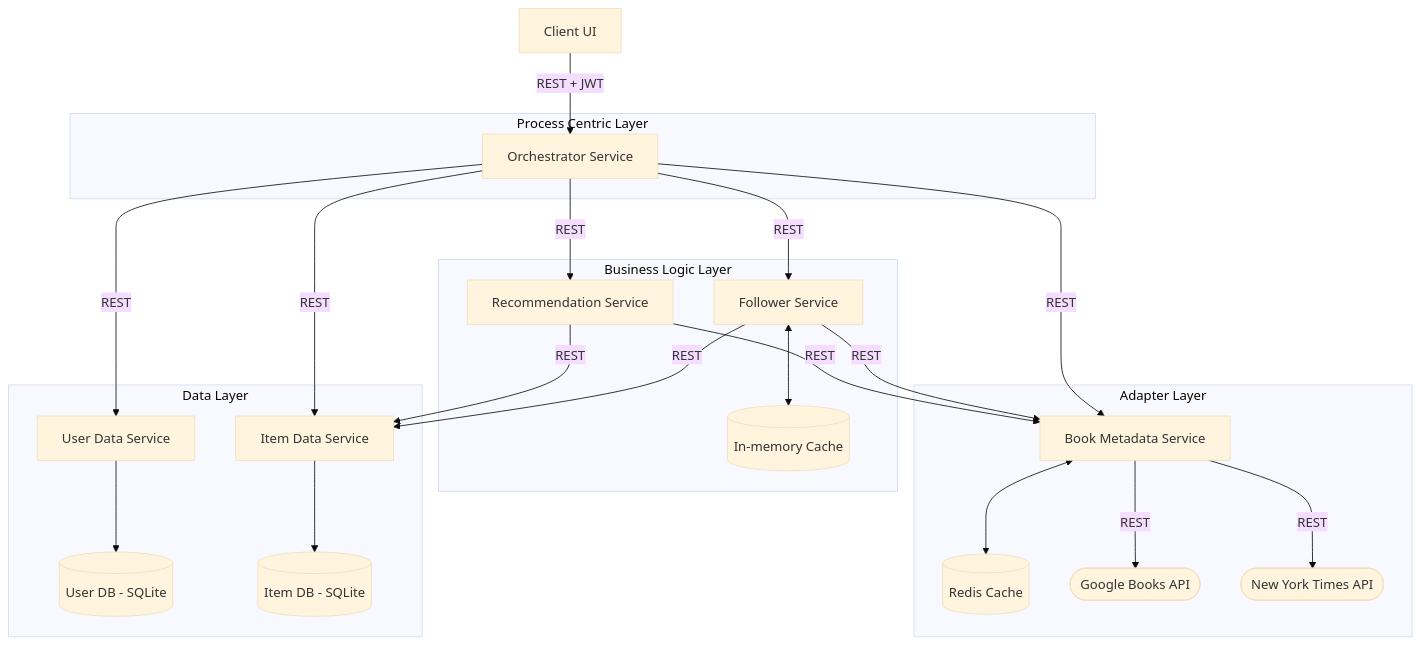
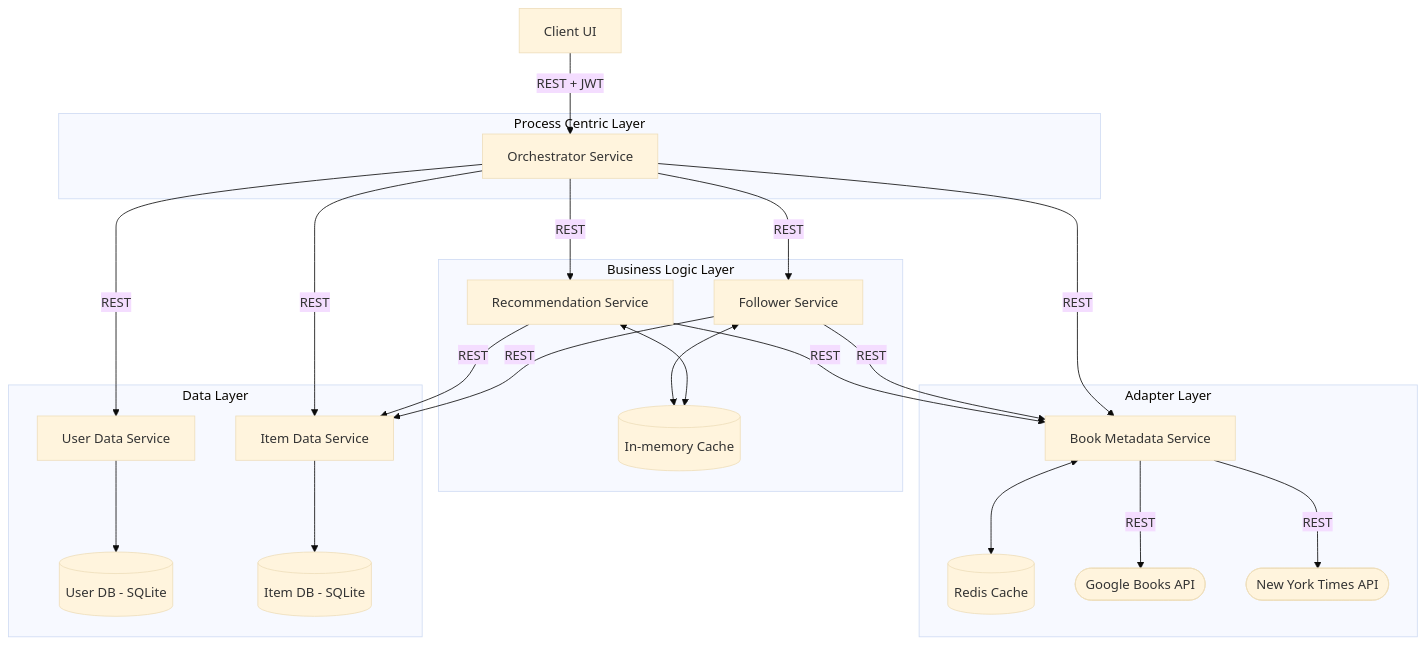
One commit to Betal02/hive_books changed the diagram in README.md. Above: the diagram before and after it, drawn with Mermaid (base theme). The commit also changed other lines of this file and 6 other files, not shown here.

````diff
--- a/README.md
+++ b/README.md
@@ -54,60 +54,63 @@
 ```mermaid
 
 flowchart TD
 
     UI[Client UI]
 
     subgraph "Process Centric Layer"
         OS[Orchestrator Service]
     end
 
 
     subgraph "Business Logic Layer"
         RS[Recommendation Service]
         FS[Follower Service]
 
         IMC[("In-memory Cache")]
     end
 
   
     subgraph "Adapter Layer"
         MA[Book Metadata Service]
 
         R[(Redis Cache)]
 
         GBA([Google Books API])
         NYT([New York Times API])
     end
   
 
     subgraph "Data Layer"
         UDS[User Data Service]
         IDS[Item Data Service]
 
         UDB[(User DB - SQLite)]
         IDB[(Item DB - SQLite)]
     end
 
     IDS --> IDB
     UDS --> UDB
 
     UI -->|REST + JWT| OS
 
     OS -->|REST| UDS
     OS -->|REST| IDS
     OS -->|REST| MA
     OS -->|REST| RS
     OS -->|REST| FS
 
     RS -->|REST| IDS
     RS -->|REST| MA
 
     FS -->|REST| IDS
     FS -->|REST| MA
-    FS <--> IMC
 
-    MA -->|REST| GBA
-    MA -->|REST| NYT
-    MA <--> R
+    FS <--> IMC
+    RS <--> IMC
+
+    MA -->|REST| GBA
+    MA -->|REST| NYT
+
+    MA <--> R
 
 ```
````
